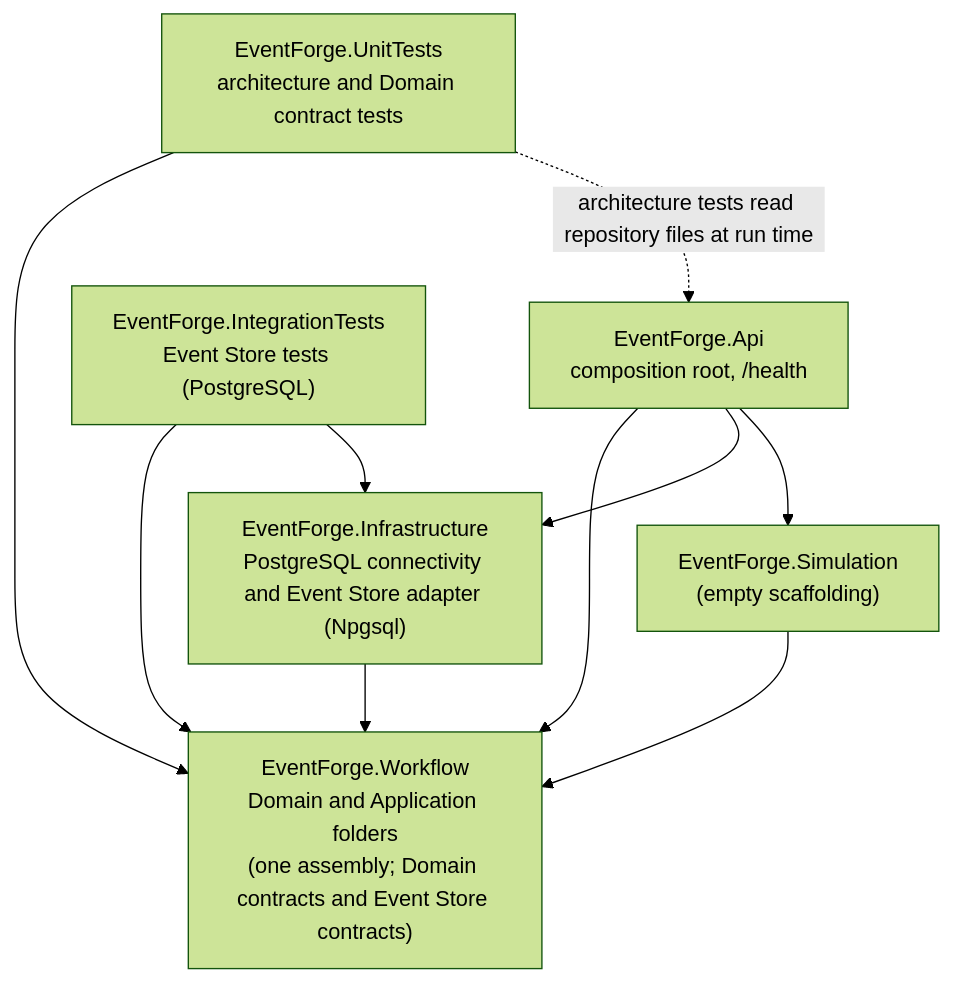
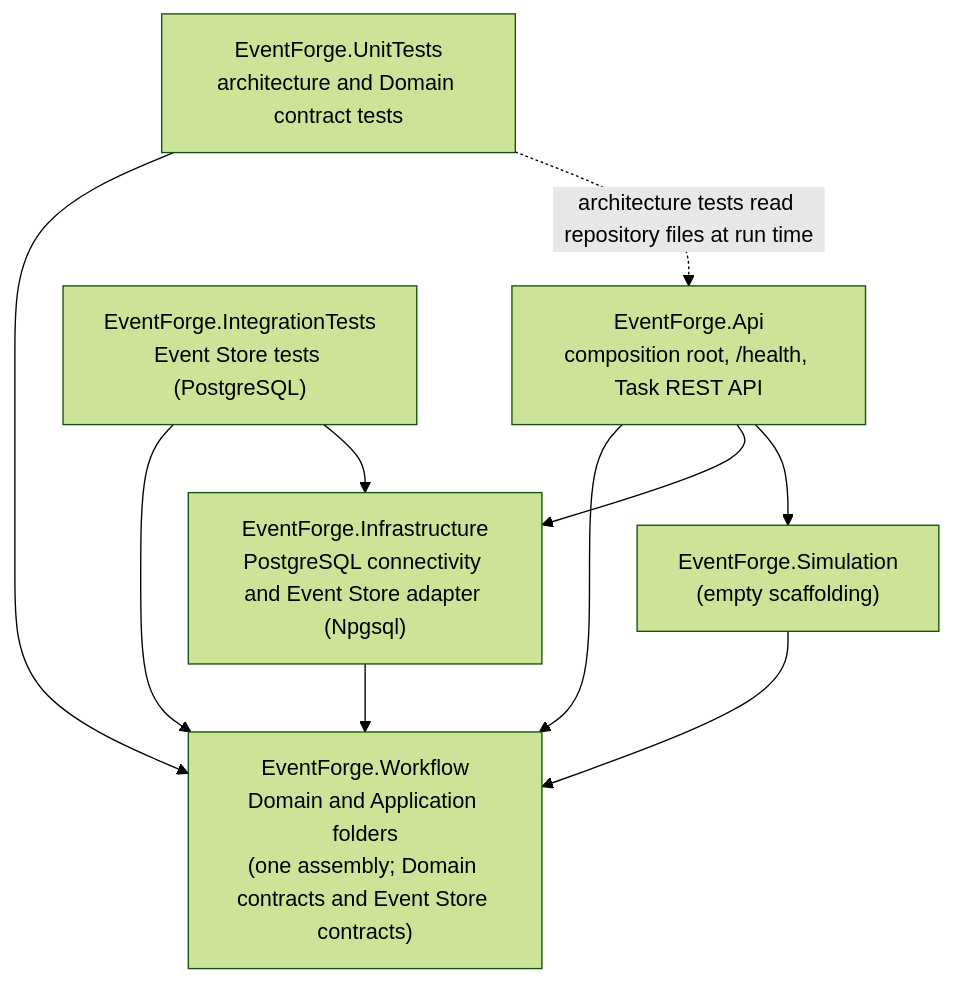
Before and after one commit to FarazLoloei/eventforge-event-sourcing-demo: the first of 4 diagrams in README.md, drawn with Mermaid (forest theme). The commit also changed other lines of this file and 6 other files, not shown here.

````diff
--- a/README.md
+++ b/README.md
@@ -85,19 +85,19 @@
 ```mermaid
 flowchart TB
-    Api["EventForge.Api<br/>composition root, /health"]
+    Api["EventForge.Api<br/>composition root, /health, Task REST API"]
     Infra["EventForge.Infrastructure<br/>PostgreSQL connectivity and Event Store adapter (Npgsql)"]
     Sim["EventForge.Simulation<br/>(empty scaffolding)"]
     Workflow["EventForge.Workflow<br/>Domain and Application folders<br/>(one assembly; Domain contracts and Event Store contracts)"]
     UnitTests["EventForge.UnitTests<br/>architecture and Domain contract tests"]
     IntegrationTests["EventForge.IntegrationTests<br/>Event Store tests (PostgreSQL)"]
 
     Api --> Workflow
     Api --> Infra
     Api --> Sim
     Infra --> Workflow
     Sim --> Workflow
     UnitTests --> Workflow
     IntegrationTests --> Workflow
     IntegrationTests --> Infra
     UnitTests -. "architecture tests read repository files at run time" .-> Api
 ```
````
